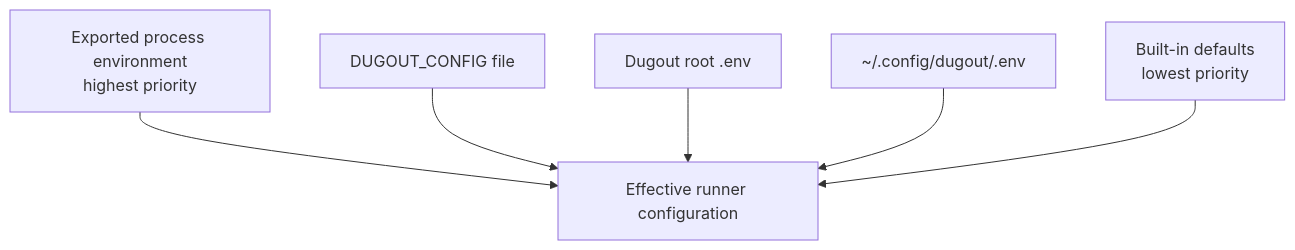
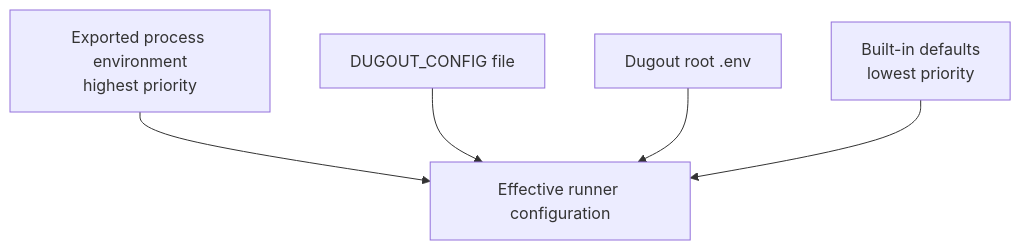
The diagram in docs/09-configuration-reference.md (moztopia/dugout), drawn with Mermaid before and after one commit. The commit also changed other lines of this file and 19 other files, not shown here.

````diff
--- a/docs/09-configuration-reference.md
+++ b/docs/09-configuration-reference.md
@@ -55,15 +56,13 @@
 ```mermaid
 flowchart TB
     env["Exported process environment<br/>highest priority"]
     selected["DUGOUT_CONFIG file"]
     source["Dugout root .env"]
-    installed["~/.config/dugout/.env"]
     defaults["Built-in defaults<br/>lowest priority"]
     effective["Effective runner configuration"]
 
     env --> effective
     selected --> effective
     source --> effective
-    installed --> effective
     defaults --> effective
 ```
````
